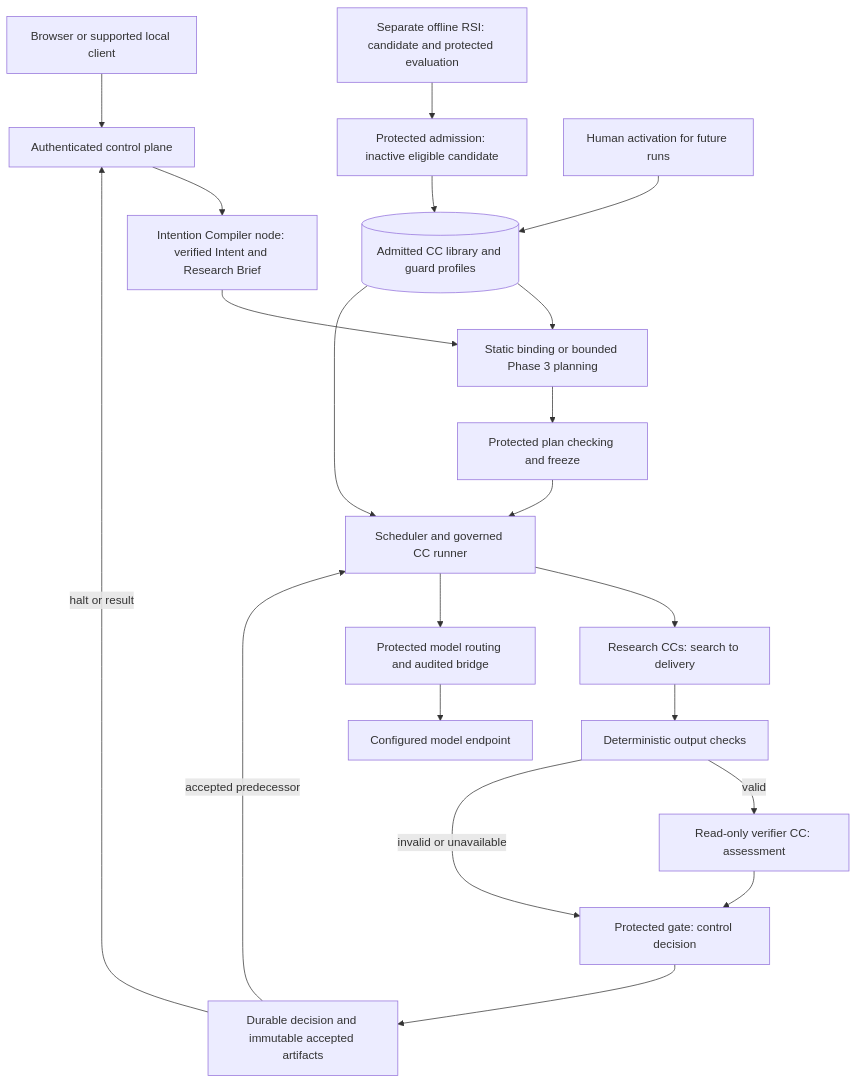
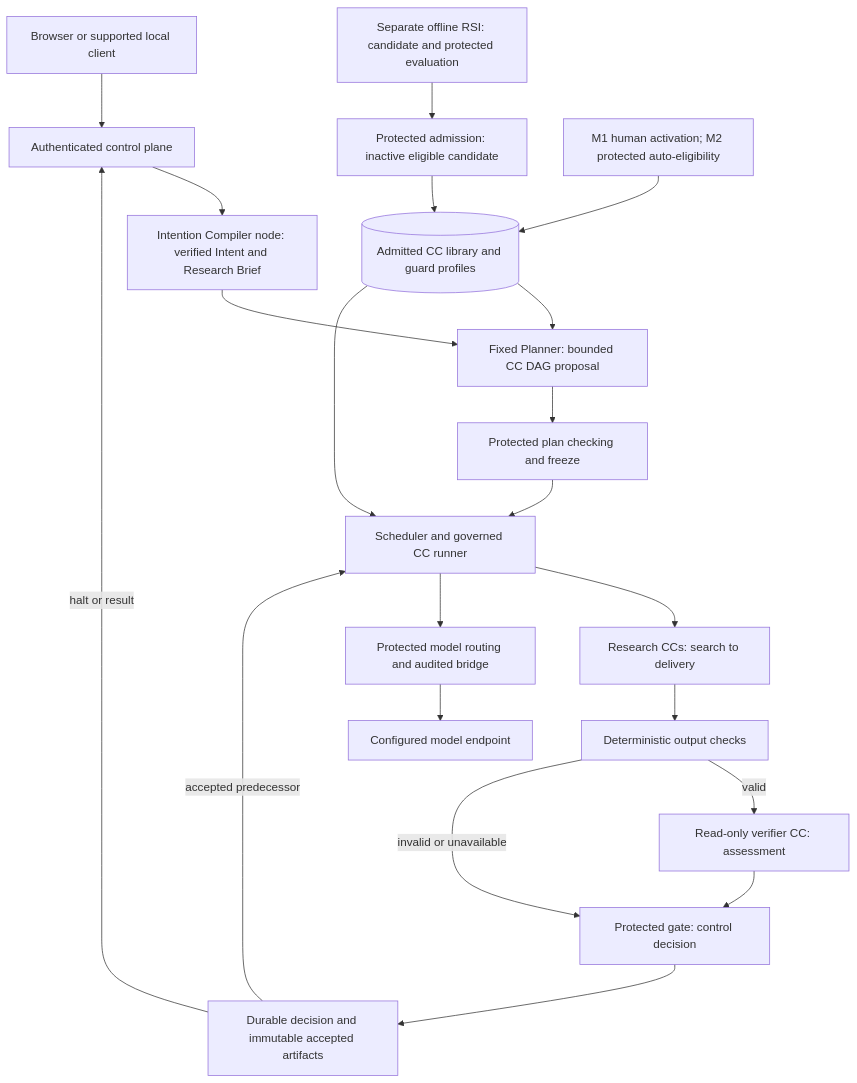
One commit to Stellven/jiuwenswarm changed the diagram in docs/architecture/design-package-compact/README.md. Above: the diagram before and after it, drawn with Mermaid. The commit also changed other lines of this file and 114 other files, not shown here.

````diff
--- a/docs/architecture/design-package-compact/README.md
+++ b/docs/architecture/design-package-compact/README.md
@@ -51,23 +55,23 @@
 ```mermaid
 flowchart TB
     User[Browser or supported local client] --> Control[Authenticated control plane]
     Control --> Prep[Intention Compiler node: verified Intent and Research Brief]
-    Prep --> Plan[Static binding or bounded Phase 3 planning]
+    Prep --> Plan[Fixed Planner: bounded CC DAG proposal]
     Plan --> Freeze[Protected plan checking and freeze]
     Freeze --> Runner[Scheduler and governed CC runner]
     Runner --> Work[Research CCs: search to delivery]
     Work --> Det[Deterministic output checks]
     Det -->|valid| Verify[Read-only verifier CC: assessment]
     Det -->|invalid or unavailable| Gate[Protected gate: control decision]
     Verify --> Gate
     Gate --> State[Durable decision and immutable accepted artifacts]
     State -->|accepted predecessor| Runner
     State -->|halt or result| Control
     Runner --> Models[Protected model routing and audited bridge]
     Models --> Endpoint[Configured model endpoint]
     Library[(Admitted CC library and guard profiles)] --> Plan
     Library --> Runner
     RSI[Separate offline RSI: candidate and protected evaluation] --> Admission[Protected admission: inactive eligible candidate]
     Admission --> Library
-    Human[Human activation for future runs] --> Library
+    Human[M1 human activation; M2 protected auto-eligibility] --> Library
 ```
````
